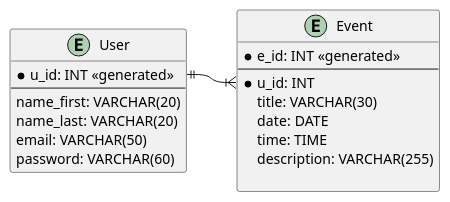
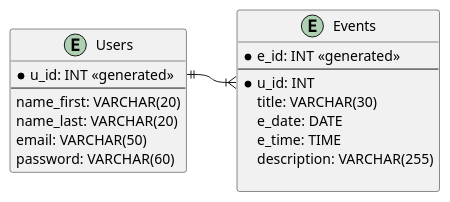
One commit to RyanPWebb/cs3203_project changed the diagram in puml/database.puml. Above: the diagram before and after it, drawn with PlantUML.

Commit message:
updated table names in ERD

```diff
--- a/puml/database.puml
+++ b/puml/database.puml
@@ -1,23 +1,23 @@
 @startuml
-entity User{
+entity Users{
     * u_id: INT <<generated>>
     ---
     name_first: VARCHAR(20)
     name_last: VARCHAR(20)
     email: VARCHAR(50)
     password: VARCHAR(60)
 }
 
-entity Event{
+entity Events{
     * e_id: INT <<generated>>
     ---
     * u_id: INT
     title: VARCHAR(30)
-    date: DATE
-    time: TIME
+    e_date: DATE
+    e_time: TIME
     description: VARCHAR(255)
 
 }
 
-    User::u_id ||-r-|{ Event::u_id
+    Users::u_id ||-r-|{ Events::u_id
 @enduml
```
